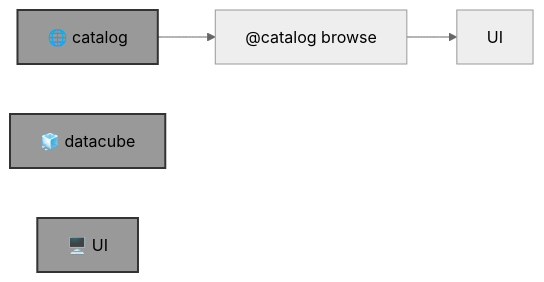
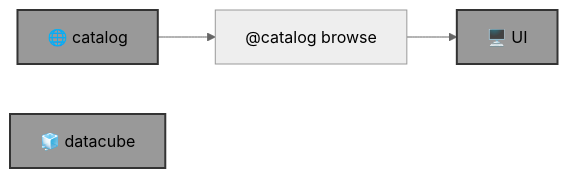
The diagram in README.md (kamangir/blue-geo), drawn with Mermaid (neutral theme) before and after one commit. The commit also changed other lines of this file and 3 other files, not shown here.

Commit message:
+= mermaid - kamangir/bolt#746

````diff
--- a/README.md
+++ b/README.md
@@ -9,13 +9,13 @@
 ```mermaid
 graph LR
     catalog_browse["@catalog browse <catalog-name> <resource>"]
 
     catalog["🌐 catalog"]:::folder
     datacube_id["🧊 datacube"]:::folder
-    ui["🖥️ UI"]:::folder
+    UI["🖥️ UI"]:::folder
 
     catalog --> catalog_browse
     catalog_browse --> UI
 
     classDef folder fill:#999,stroke:#333,stroke-width:2px;
 ```
````
